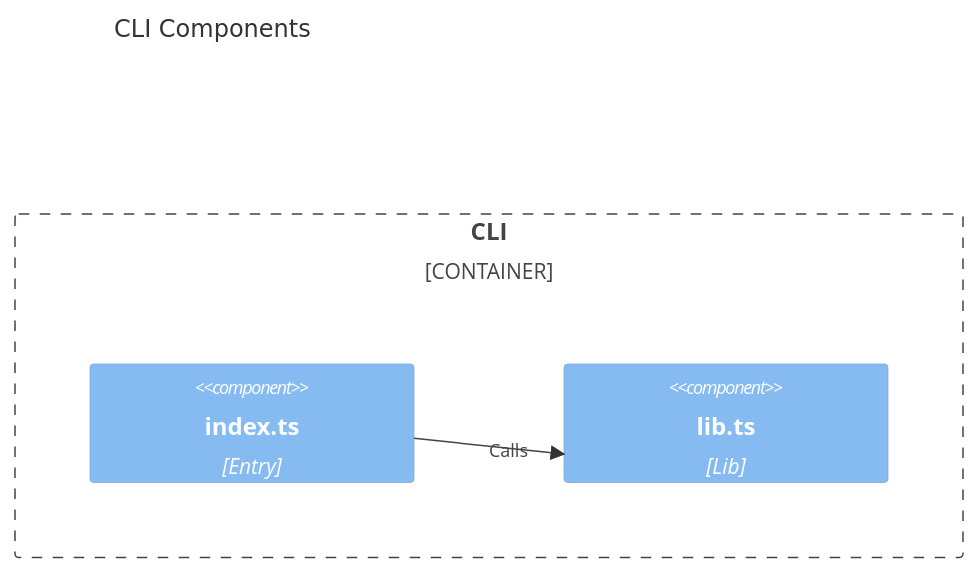
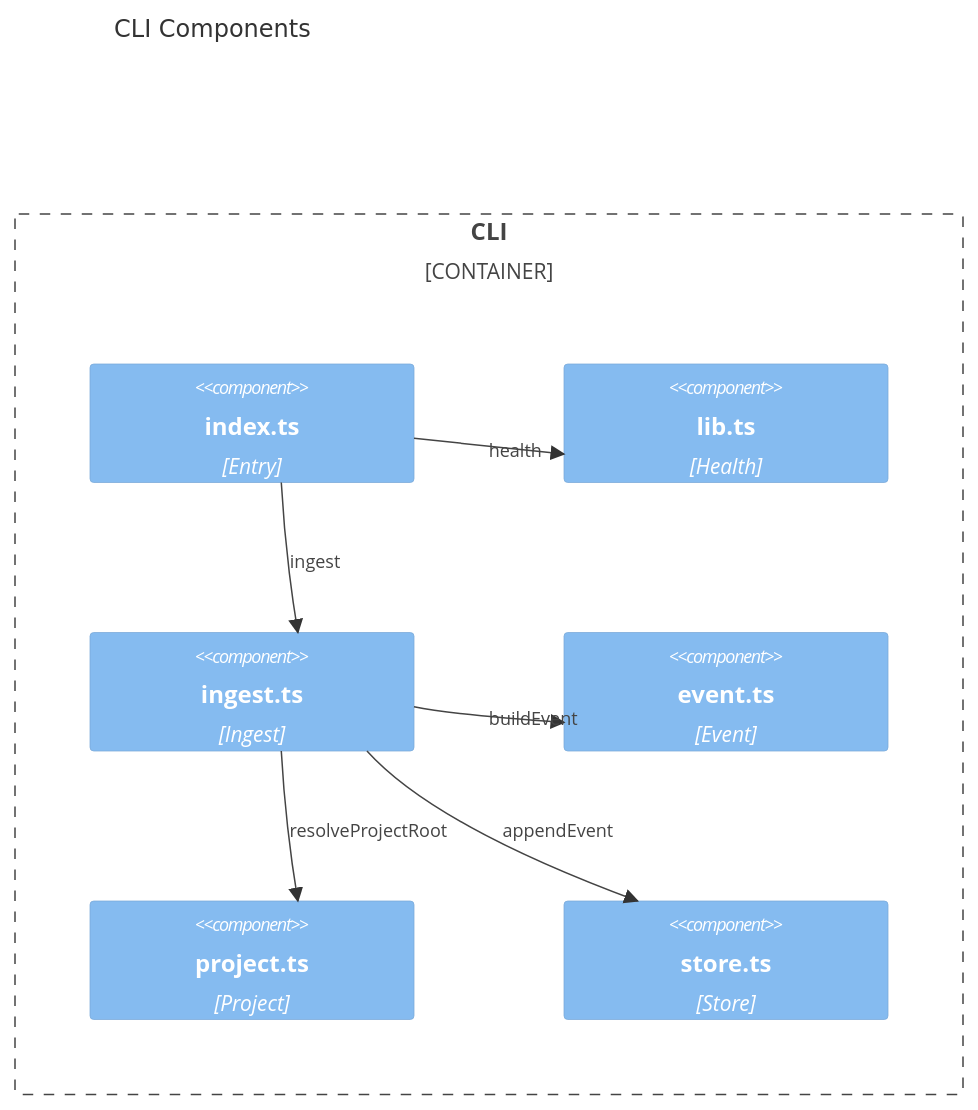
Before and after one commit to AIDDbot/audit-bot: the diagram in docs/arch/cli.arch.md, drawn with Mermaid. The commit also changed other lines of this file and 7 other files, not shown here.

````diff
--- a/docs/arch/cli.arch.md
+++ b/docs/arch/cli.arch.md
@@ -33,11 +34,19 @@
 ```mermaid
 C4Component
   title CLI Components
 
   Container_Boundary(boundary, "CLI") {
     Component(entry, "index.ts", "Entry")
-    Component(lib, "lib.ts", "Lib")
+    Component(lib, "lib.ts", "Health")
+    Component(ingest, "ingest.ts", "Ingest")
+    Component(event, "event.ts", "Event")
+    Component(project, "project.ts", "Project")
+    Component(store, "store.ts", "Store")
   }
 
-  Rel(entry, lib, "Calls")
+  Rel(entry, lib, "health")
+  Rel(entry, ingest, "ingest")
+  Rel(ingest, event, "buildEvent")
+  Rel(ingest, project, "resolveProjectRoot")
+  Rel(ingest, store, "appendEvent")
 ```
````
